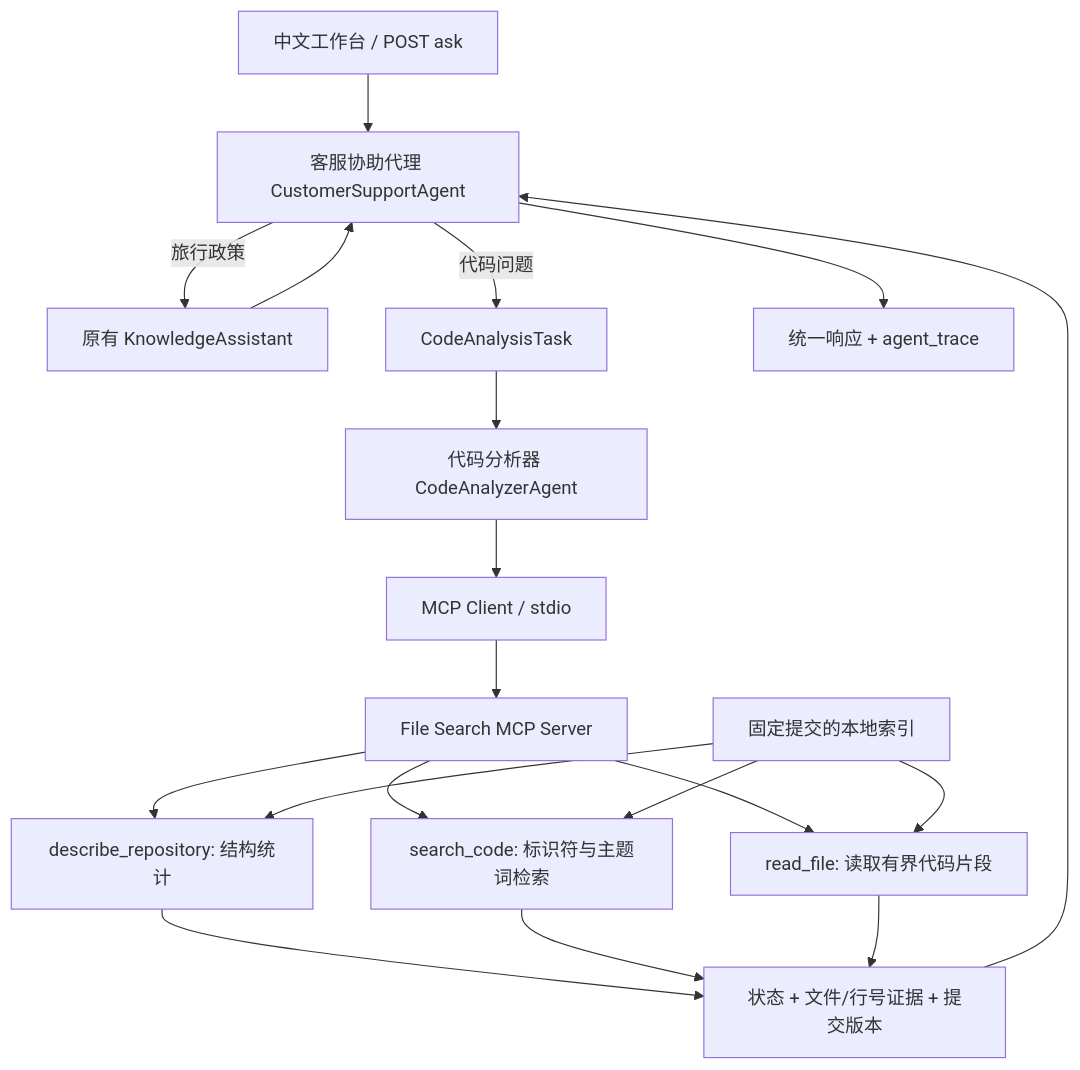
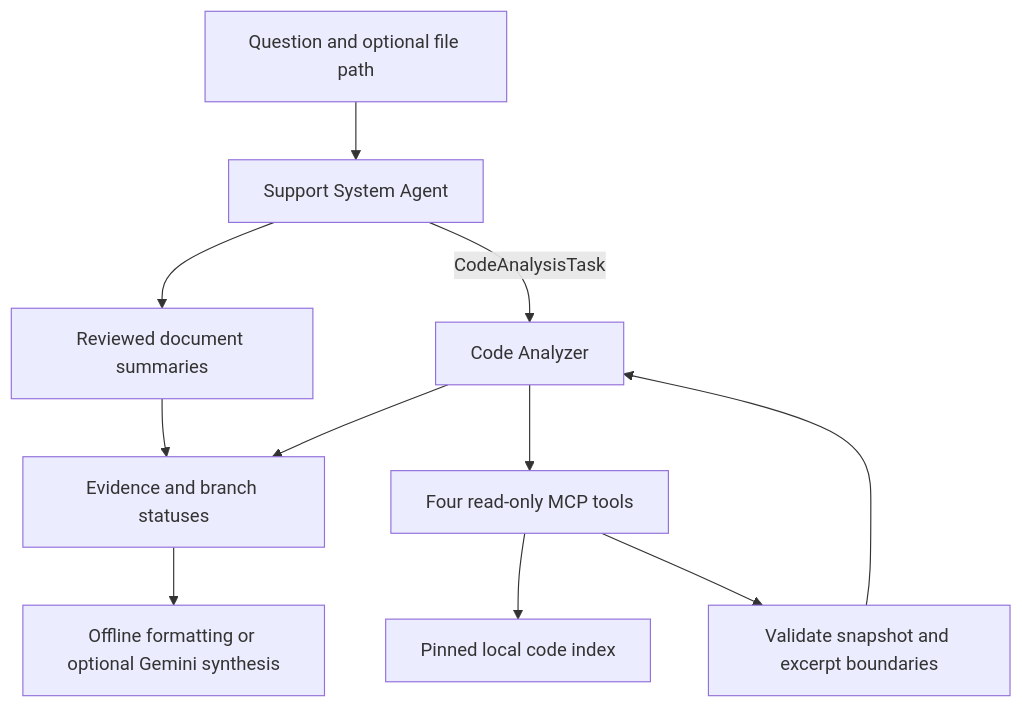
The diagram in docs/code-analyzer.md (heathy321/support-system-knowledge-agent), drawn with Mermaid before and after one commit. The commit also changed other lines of this file and 85 other files, not shown here.

First line of the commit message:
Release v0.12.0: osTicket support knowledge agent with redesigned UI

````diff
--- a/docs/code-analyzer.md
+++ b/docs/code-analyzer.md
@@ -11,21 +5,13 @@
 ```mermaid
 flowchart TD
-    U[中文工作台 / POST ask] --> M[客服协助代理 CustomerSupportAgent]
-    M -->|旅行政策| P[原有 KnowledgeAssistant]
-    M -->|代码问题| T[CodeAnalysisTask]
-    T --> S[代码分析器 CodeAnalyzerAgent]
-    S --> C[MCP Client / stdio]
-    C --> B[File Search MCP Server]
-    B --> D[describe_repository: 结构统计]
-    B --> Q[search_code: 标识符与主题词检索]
-    B --> F[read_file: 读取有界代码片段]
-    I[固定提交的本地索引] --> D
-    I --> Q
-    I --> F
-    D --> R[状态 + 文件/行号证据 + 提交版本]
-    Q --> R
-    F --> R
-    R --> M
-    P --> M
-    M --> V[统一响应 + agent_trace]
+    U[Question and optional file path] --> M[Support System Agent]
+    M --> D[Reviewed document summaries]
+    M -->|CodeAnalysisTask| A[Code Analyzer]
+    A --> T[Four read-only MCP tools]
+    T --> I[Pinned local code index]
+    T --> V[Validate snapshot and excerpt boundaries]
+    V --> A
+    D --> R[Evidence and branch statuses]
+    A --> R
+    R --> G[Offline formatting or optional Gemini synthesis]
 ```
````
